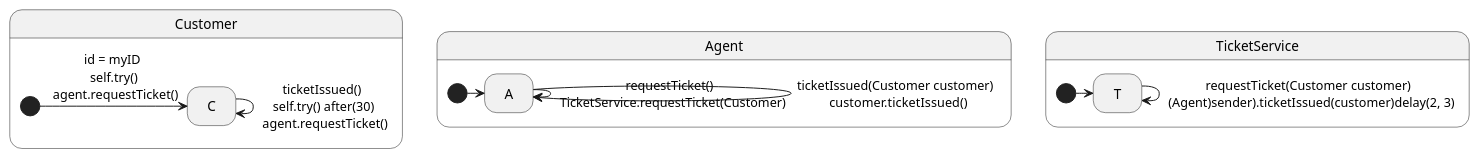
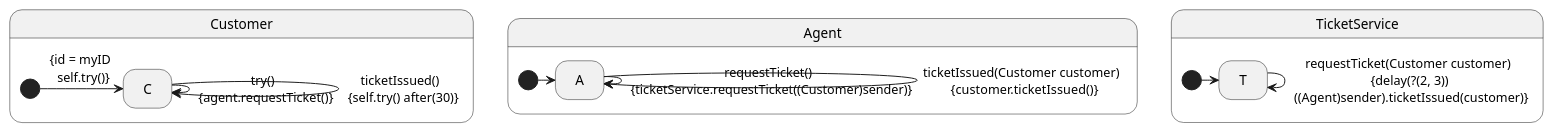
The diagram in ModelTranslations/TicketService/TicketService.plantuml (gnowin/UML-To-Rebecca-Dataset), drawn with PlantUML before and after one commit.

Commit message:
changes to TicketService

```diff
--- a/ModelTranslations/TicketService/TicketService.plantuml
+++ b/ModelTranslations/TicketService/TicketService.plantuml
@@ -1,23 +1,39 @@
 @startuml
+
 hide empty description
 
 state Customer{
+
 state C
 
-[*] -> C : id = myID \n self.try() \n agent.requestTicket()
-C -> C : ticketIssued() \n self.try() after(30) \n agent.requestTicket()
+[*] -> C : {id = myID \n self.try()}
+
+C -> C :try() \n {agent.requestTicket()}
+
+C -> C : ticketIssued() \n {self.try() after(30)}
+
 }
 
 state Agent{
+
 state A
+
 [*] -> A
-A -> A : requestTicket() \n TicketService.requestTicket(Customer)
-A -> A : ticketIssued(Customer customer) \n customer.ticketIssued()
+
+A -> A : requestTicket() \n {ticketService.requestTicket((Customer)sender)}
+
+A -> A : ticketIssued(Customer customer) \n {customer.ticketIssued()}
+
 }
 
 state TicketService{
+
 state T
+
 [*] -> T
-T -> T : requestTicket(Customer customer) \n (Agent)sender).ticketIssued(customer)delay(2, 3)
+
+T -> T : requestTicket(Customer customer) \n {delay(?(2, 3)) \n ((Agent)sender).ticketIssued(customer)}
+
 }
-@enduml
+
+@enduml 
```
